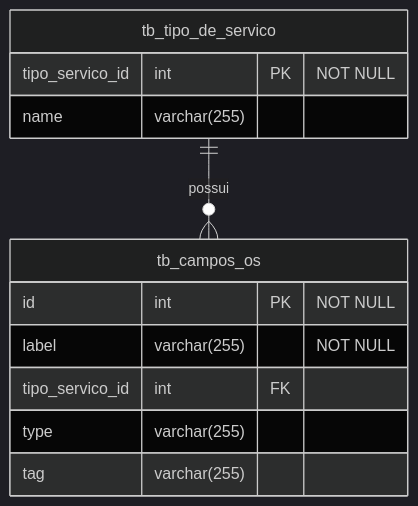
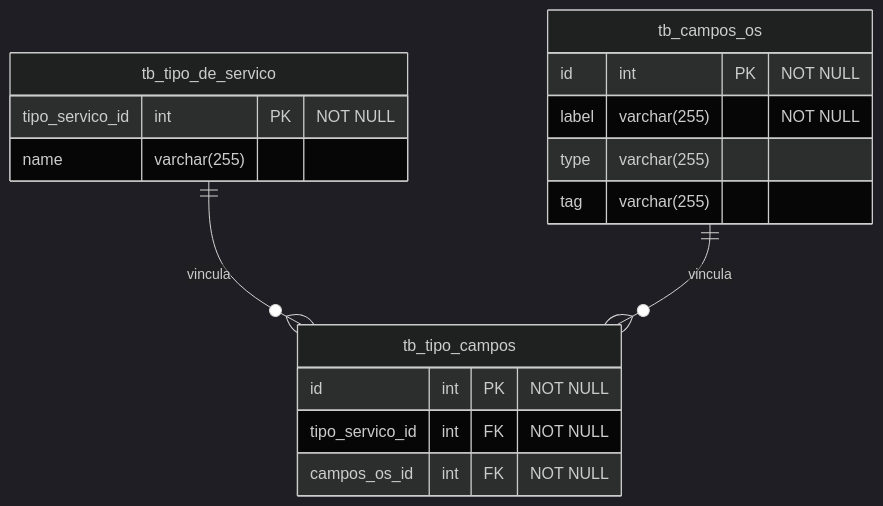
The second of 2 diagrams in README.md (VitorVts/O.SGen2), drawn with Mermaid (dark theme) before and after one commit. The commit also changed other lines of this file, not shown here.

````diff
--- a/README.md
+++ b/README.md
@@ -36,17 +37,23 @@
 ```mermaid
 erDiagram
     tb_tipo_de_servico {
         tipo_servico_id int PK "NOT NULL"
         name varchar(255)
     }
 
     tb_campos_os {
         id int PK "NOT NULL"
         label varchar(255) "NOT NULL"
-        tipo_servico_id int FK
         type varchar(255)
         tag varchar(255)
     }
 
-    tb_tipo_de_servico ||--o{ tb_campos_os : possui
+    tb_tipo_campos {
+        id int PK "NOT NULL"
+        tipo_servico_id int FK "NOT NULL"
+        campos_os_id int FK "NOT NULL"
+    }
+
+    tb_tipo_de_servico ||--o{ tb_tipo_campos : vincula
+    tb_campos_os ||--o{ tb_tipo_campos : vincula
 ```
````
